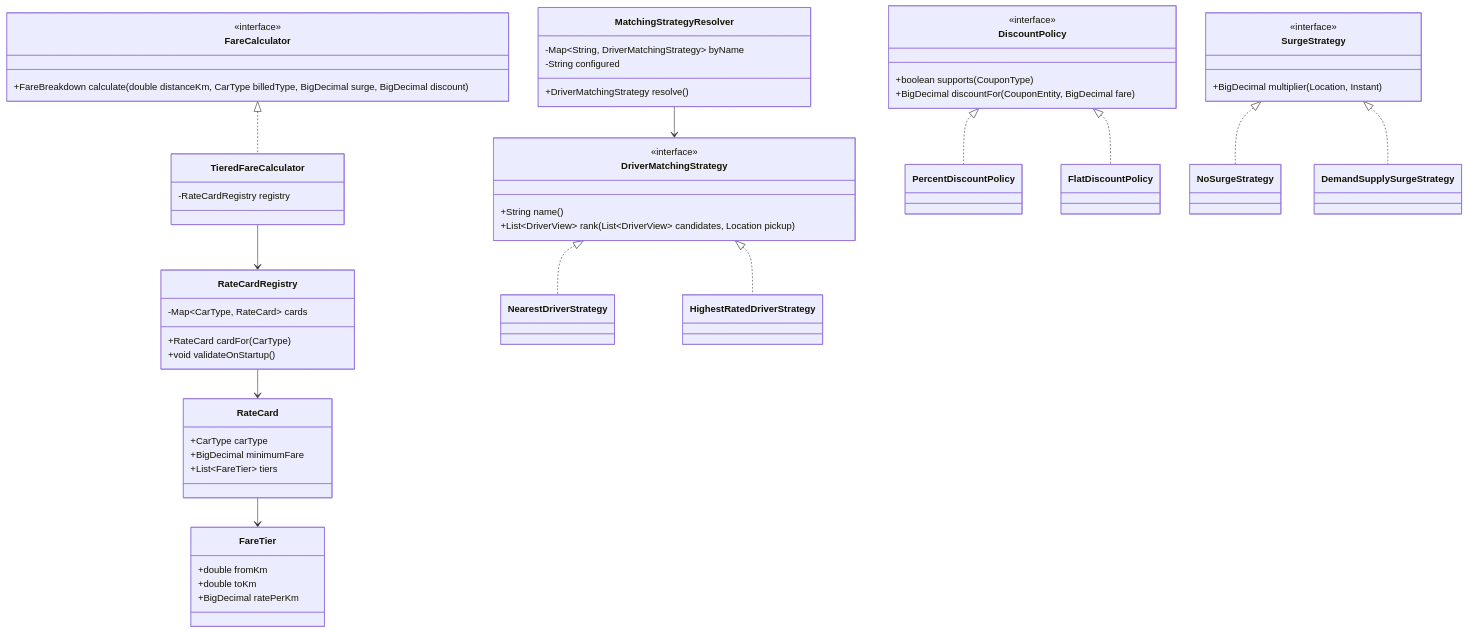
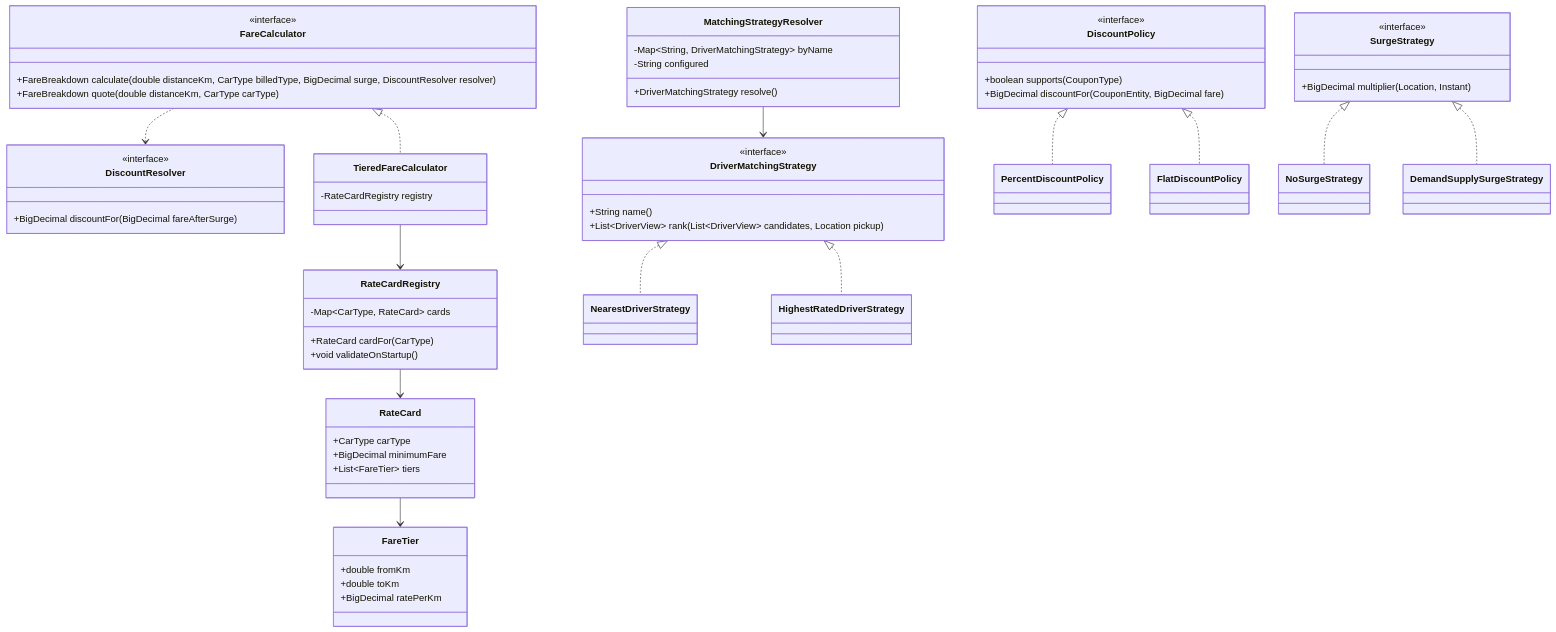
Before and after one commit to aryanttripathi/plazza: the second of 3 diagrams in docs/LLD.md, drawn with Mermaid. The commit also changed other lines of this file and 20 other files, not shown here.

````diff
--- a/docs/LLD.md
+++ b/docs/LLD.md
@@ -183,66 +183,72 @@
 ```mermaid
 classDiagram
     class FareCalculator {
         <<interface>>
-        +FareBreakdown calculate(double distanceKm, CarType billedType, BigDecimal surge, BigDecimal discount)
+        +FareBreakdown calculate(double distanceKm, CarType billedType, BigDecimal surge, DiscountResolver resolver)
+        +FareBreakdown quote(double distanceKm, CarType carType)
     }
+    class DiscountResolver {
+        <<interface>>
+        +BigDecimal discountFor(BigDecimal fareAfterSurge)
+    }
+    FareCalculator ..> DiscountResolver
     class TieredFareCalculator {
         -RateCardRegistry registry
     }
     FareCalculator <|.. TieredFareCalculator
 
     class RateCardRegistry {
         -Map~CarType, RateCard~ cards
         +RateCard cardFor(CarType)
         +void validateOnStartup()
     }
     class RateCard {
         +CarType carType
         +BigDecimal minimumFare
         +List~FareTier~ tiers
     }
     class FareTier {
         +double fromKm
         +double toKm
         +BigDecimal ratePerKm
     }
     TieredFareCalculator --> RateCardRegistry
     RateCardRegistry --> RateCard
     RateCard --> FareTier
 
     class DriverMatchingStrategy {
         <<interface>>
         +String name()
         +List~DriverView~ rank(List~DriverView~ candidates, Location pickup)
     }
     class NearestDriverStrategy
     class HighestRatedDriverStrategy
     DriverMatchingStrategy <|.. NearestDriverStrategy
     DriverMatchingStrategy <|.. HighestRatedDriverStrategy
 
     class MatchingStrategyResolver {
         -Map~String, DriverMatchingStrategy~ byName
         -String configured
         +DriverMatchingStrategy resolve()
     }
     MatchingStrategyResolver --> DriverMatchingStrategy
 
     class DiscountPolicy {
         <<interface>>
         +boolean supports(CouponType)
         +BigDecimal discountFor(CouponEntity, BigDecimal fare)
     }
     class PercentDiscountPolicy
     class FlatDiscountPolicy
     DiscountPolicy <|.. PercentDiscountPolicy
     DiscountPolicy <|.. FlatDiscountPolicy
 
     class SurgeStrategy {
         <<interface>>
         +BigDecimal multiplier(Location, Instant)
     }
     class NoSurgeStrategy
     class DemandSupplySurgeStrategy
     SurgeStrategy <|.. NoSurgeStrategy
     SurgeStrategy <|.. DemandSupplySurgeStrategy
 ```
````
